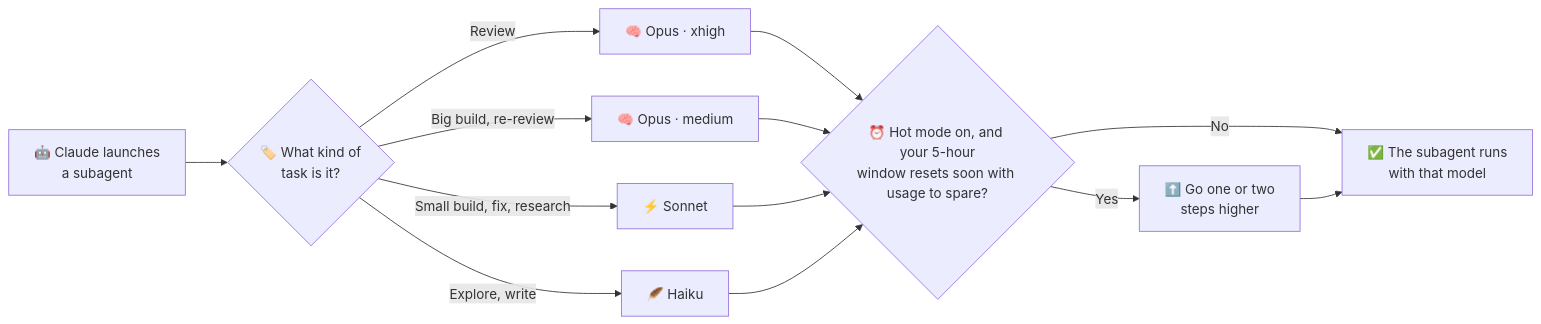
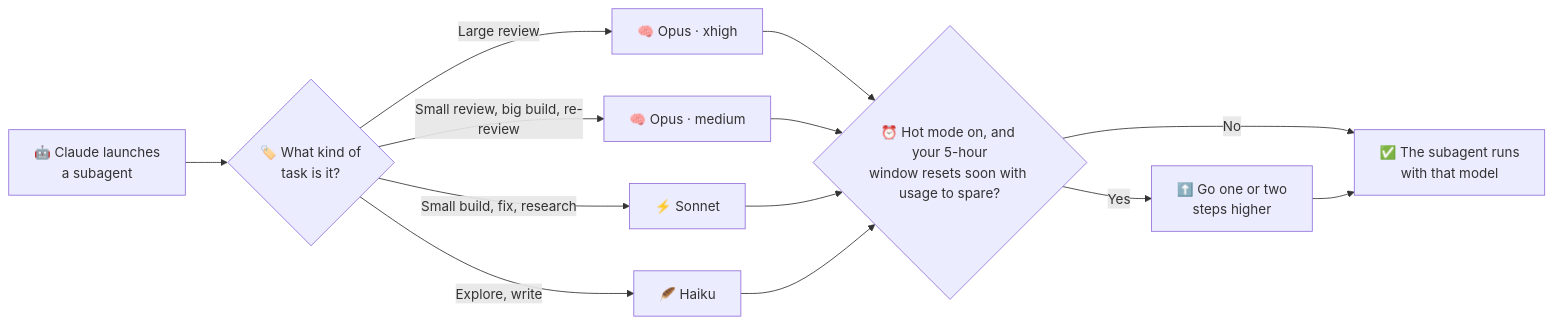
One commit to CiroVilmer/jev-agent-router changed the diagram in README.md. Above: the diagram before and after it, drawn with Mermaid. The commit also changed other lines of this file and 1 other file, not shown here.

Commit message:
docs(readme): review-large and review-small in task routing

````diff
--- a/README.md
+++ b/README.md
@@ -212,12 +217,12 @@
 ```mermaid
 flowchart LR
     A["🤖 Claude launches<br/>a subagent"] --> B{"🏷️ What kind of<br/>task is it?"}
-    B -->|"Review"| C["🧠 Opus · xhigh"]
-    B -->|"Big build, re-review"| D["🧠 Opus · medium"]
+    B -->|"Large review"| C["🧠 Opus · xhigh"]
+    B -->|"Small review, big build, re-review"| D["🧠 Opus · medium"]
     B -->|"Small build, fix, research"| E["⚡ Sonnet"]
     B -->|"Explore, write"| F["🪶 Haiku"]
     C & D & E & F --> G{"⏰ Hot mode on, and your 5-hour<br/>window resets soon with usage to spare?"}
     G -->|"Yes"| H["⬆️ Go one or two<br/>steps higher"]
     G -->|"No"| I["✅ The subagent runs<br/>with that model"]
     H --> I
 ```
````
